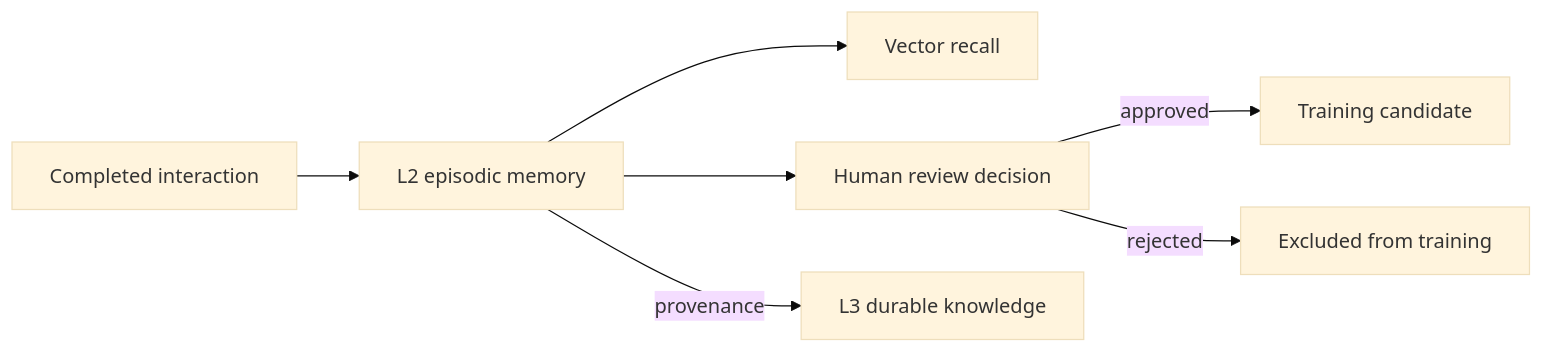
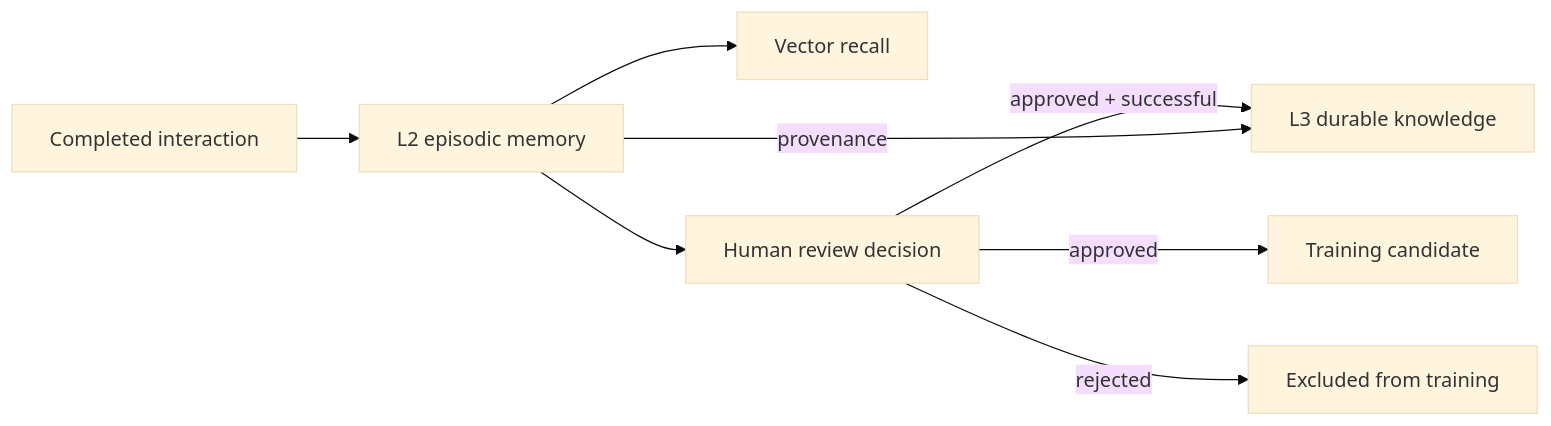
The fifth of 9 diagrams in ARCHITECTURE.md (kenjix217/dreamcycle), drawn with Mermaid (base theme) before and after one commit. The commit also changed other lines of this file and 26 other files, not shown here.

Commit message:
Add guarded L3 graph promotion

````diff
--- a/ARCHITECTURE.md
+++ b/ARCHITECTURE.md
@@ -188,9 +188,10 @@
 ```mermaid
 flowchart LR
     Turn["Completed interaction"] --> L2["L2 episodic memory"]
     L2 --> Recall["Vector recall"]
     L2 --> Review["Human review decision"]
-    L2 -->|"provenance"| L3["L3 durable knowledge"]
+    Review -->|"approved + successful"| L3["L3 durable knowledge"]
+    L2 -->|"provenance"| L3
     Review -->|"approved"| Dataset["Training candidate"]
     Review -->|"rejected"| Stop["Excluded from training"]
 ```
````
